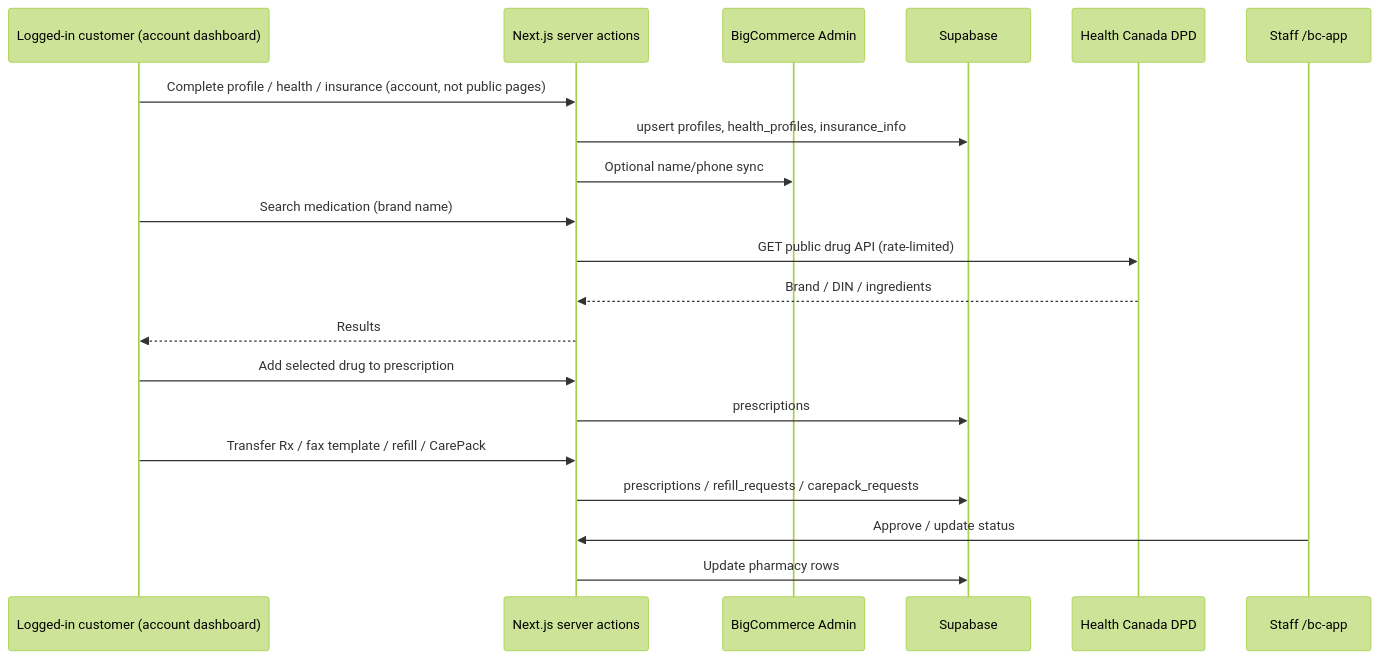
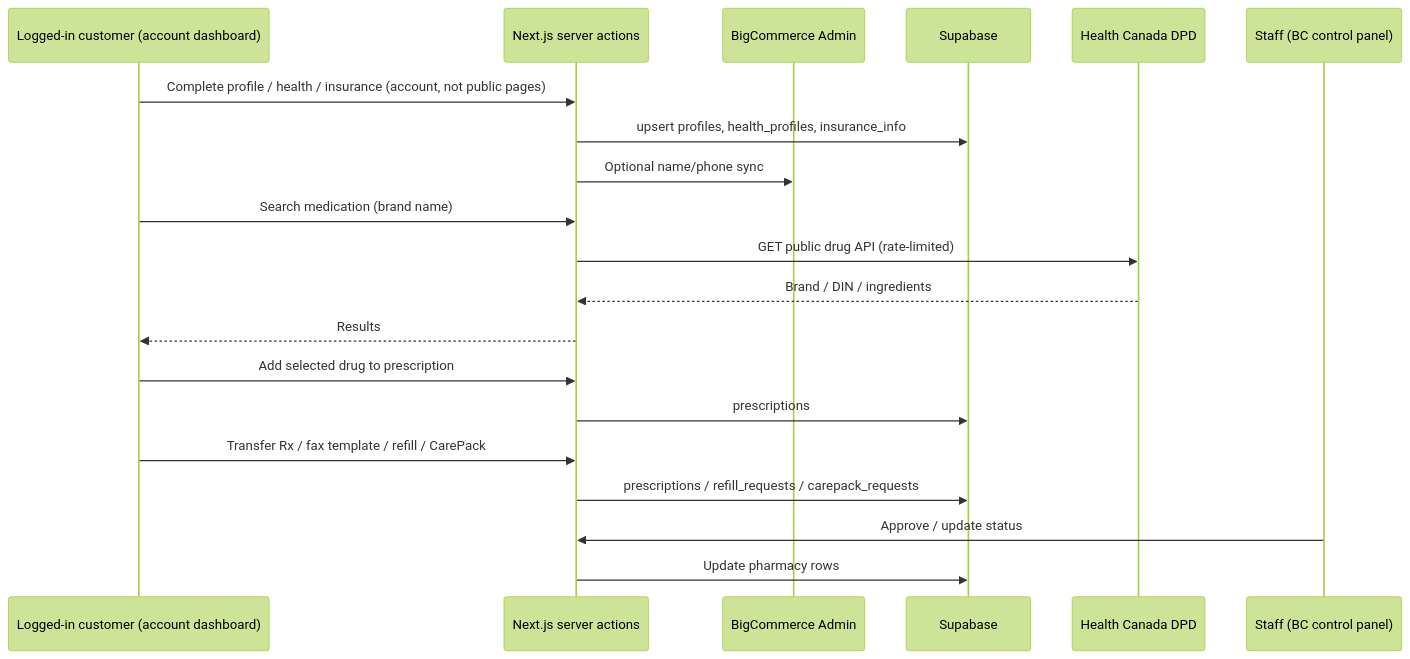
Before and after one commit to lolo19950603/liivv-test-catalyst-app: the third of 5 diagrams in docs/Liivv-Architecture-Deep-Dive.md, drawn with Mermaid (forest theme). The commit also changed other lines of this file and 3 other files, not shown here.

Commit message:
Show staff as one /bc-app box in the architecture diagrams.

````diff
--- a/docs/Liivv-Architecture-Deep-Dive.md
+++ b/docs/Liivv-Architecture-Deep-Dive.md
@@ -140,26 +138,26 @@
 ```mermaid
 sequenceDiagram
   participant U as Logged-in customer (account dashboard)
   participant N as Next.js server actions
   participant BC as BigCommerce Admin
   participant SB as Supabase
   participant DPD as Health Canada DPD
 
   U->>N: Complete profile / health / insurance (account, not public pages)
   N->>SB: upsert profiles, health_profiles, insurance_info
   N->>BC: Optional name/phone sync
 
   U->>N: Search medication (brand name)
   N->>DPD: GET public drug API (rate-limited)
   DPD-->>N: Brand / DIN / ingredients
   N-->>U: Results
   U->>N: Add selected drug to prescription
   N->>SB: prescriptions
 
   U->>N: Transfer Rx / fax template / refill / CarePack
   N->>SB: prescriptions / refill_requests / carepack_requests
 
-  participant Staff as Staff /bc-app
+  participant Staff as Staff (BC control panel)
   Staff->>N: Approve / update status
   N->>SB: Update pharmacy rows
 ```
````
